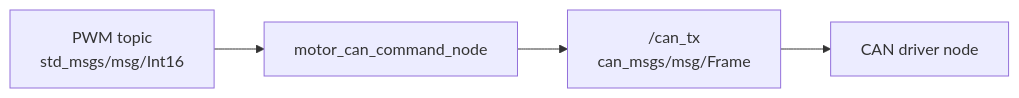
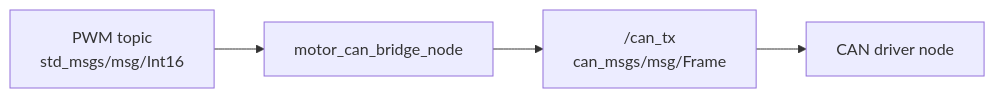
Before and after one commit to rodep-soft/rox2026: the diagram in ros2_ws/src/motor_can_bridge/README.md, drawn with Mermaid. The commit also changed other lines of this file and 12 other files, not shown here.

````diff
--- a/ros2_ws/src/motor_can_bridge/README.md
+++ b/ros2_ws/src/motor_can_bridge/README.md
@@ -76,9 +11,9 @@
 ```mermaid
 flowchart LR
   pwm["PWM topic<br/>std_msgs/msg/Int16"]
-  command["motor_can_command_node"]
+  bridge["motor_can_bridge_node"]
   can_tx["/can_tx<br/>can_msgs/msg/Frame"]
   driver["CAN driver node"]
 
-  pwm --> command --> can_tx --> driver
+  pwm --> bridge --> can_tx --> driver
 ```
````
